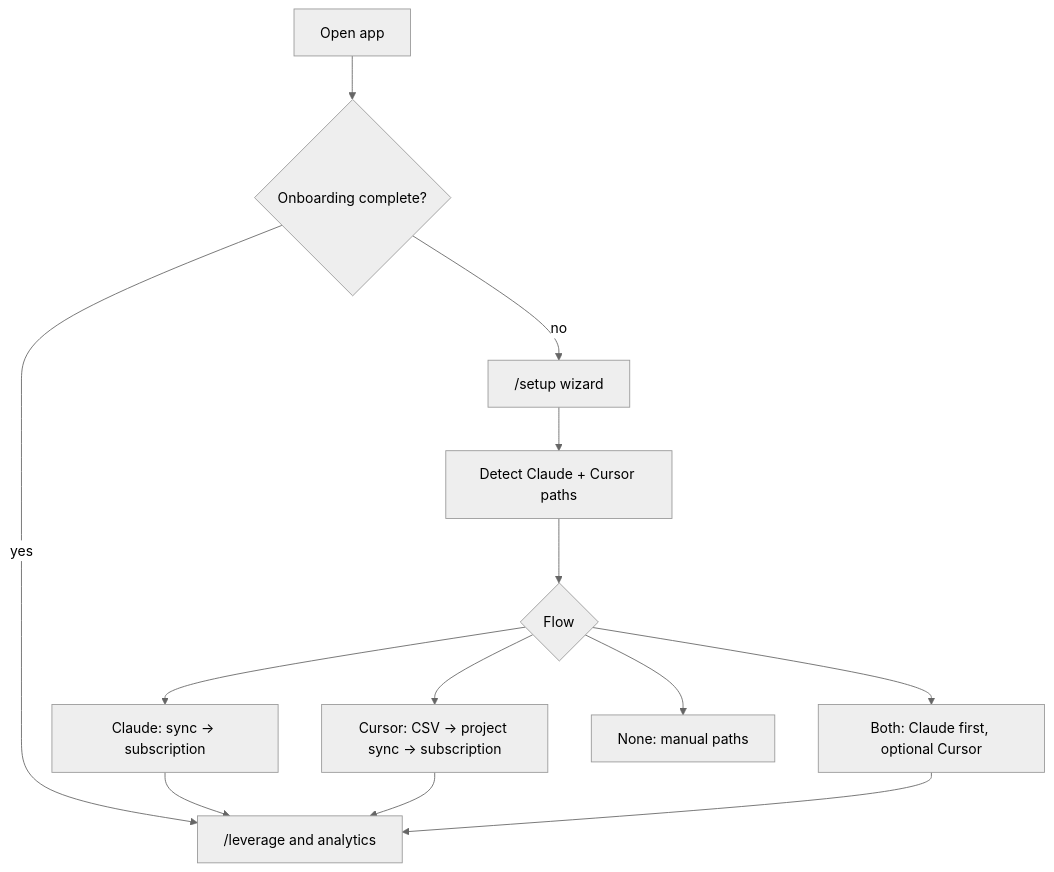
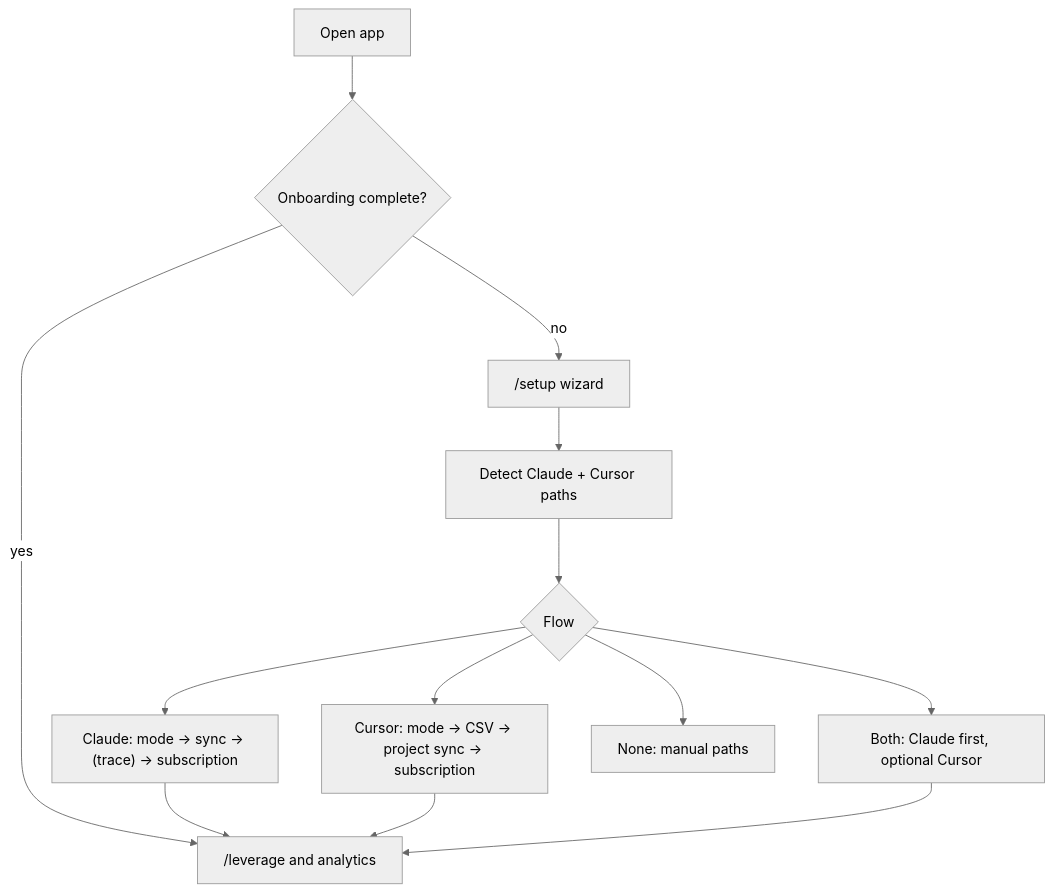
Before and after one commit to eladdromy/agentic-usage: the second of 2 diagrams in docs/architecture.md, drawn with Mermaid (neutral theme). The commit also changed other lines of this file and 78 other files, not shown here.

Commit message:
Add full tracing for Claude and Cursor with indexed sidecar DBs and fast reads.

````diff
--- a/docs/architecture.md
+++ b/docs/architecture.md
@@ -59,15 +59,15 @@
 ```mermaid
 flowchart TD
   open[Open app] --> gate{Onboarding complete?}
   gate -->|no| setup["/setup wizard"]
   gate -->|yes| app["/leverage and analytics"]
   setup --> detect[Detect Claude + Cursor paths]
   detect --> branch{Flow}
-  branch --> claude[Claude: sync → subscription]
-  branch --> cursor[Cursor: CSV → project sync → subscription]
+  branch --> claude["Claude: mode → sync → (trace) → subscription"]
+  branch --> cursor["Cursor: mode → CSV → project sync → subscription"]
   branch --> both[Both: Claude first, optional Cursor]
   branch --> none[None: manual paths]
   claude --> app
   cursor --> app
   both --> app
 ```
````
